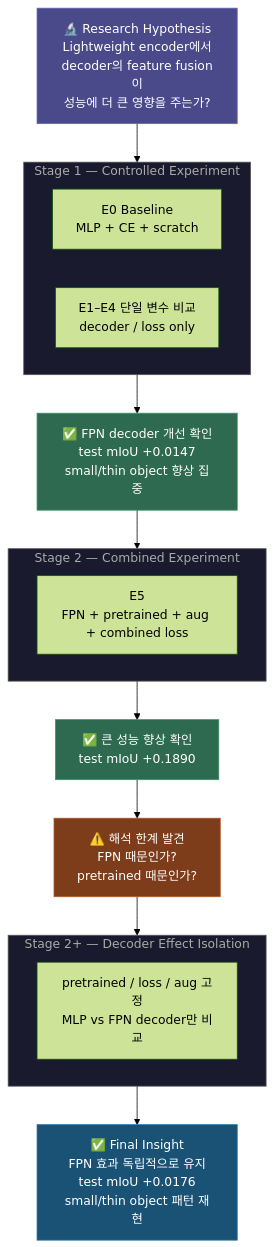
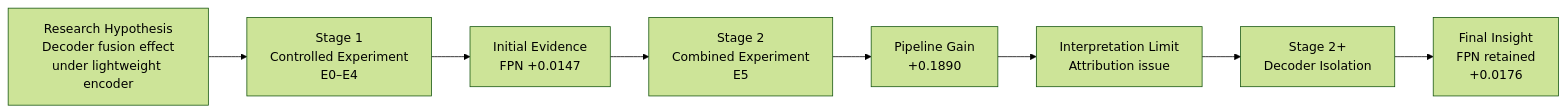
Before and after one commit to iNES-Segmentation-Project/segformer-lab: the diagram in README.md, drawn with Mermaid (forest theme). The commit also changed other lines of this file, not shown here.

````diff
--- a/README.md
+++ b/README.md
@@ -46,42 +13,13 @@
 ```mermaid
-flowchart TD
-    A["🔬 Research Hypothesis\nLightweight encoder에서\ndecoder의 feature fusion이\n성능에 더 큰 영향을 주는가?"]
+flowchart LR
+    A["Research Hypothesis<br/>Decoder fusion effect<br/>under lightweight encoder"]
+    B["Stage 1<br/>Controlled Experiment<br/>E0–E4"]
+    C["Initial Evidence<br/>FPN +0.0147"]
+    D["Stage 2<br/>Combined Experiment<br/>E5"]
+    E["Pipeline Gain<br/>+0.1890"]
+    F["Interpretation Limit<br/>Attribution issue"]
+    G["Stage 2+<br/>Decoder Isolation"]
+    H["Final Insight<br/>FPN retained<br/>+0.0176"]
 
-    subgraph S1["Stage 1 — Controlled Experiment"]
-        B["E0 Baseline\nMLP + CE + scratch"]
-        C["E1–E4 단일 변수 비교\ndecoder / loss only"]
-    end
-
-    D["✅ FPN decoder 개선 확인\ntest mIoU +0.0147\nsmall/thin object 향상 집중"]
-
-    subgraph S2["Stage 2 — Combined Experiment"]
-        E["E5\nFPN + pretrained + aug + combined loss"]
-    end
-
-    F["✅ 큰 성능 향상 확인\ntest mIoU +0.1890"]
-
-    G["⚠️ 해석 한계 발견\nFPN 때문인가?\npretrained 때문인가?"]
-
-    subgraph S2P["Stage 2+ — Decoder Effect Isolation"]
-        H["pretrained / loss / aug 고정\nMLP vs FPN decoder만 비교"]
-    end
-
-    I["✅ Final Insight\nFPN 효과 독립적으로 유지\ntest mIoU +0.0176\nsmall/thin object 패턴 재현"]
-
-    A --> S1
-    S1 --> D
-    D --> S2
-    S2 --> F
-    F --> G
-    G --> S2P
-    S2P --> I
-
-    style A fill:#4A4A8A,color:#fff,stroke:#6666bb
-    style D fill:#2D6A4F,color:#fff,stroke:#40916c
-    style F fill:#2D6A4F,color:#fff,stroke:#40916c
-    style G fill:#7D3C1A,color:#fff,stroke:#b35a2a
-    style I fill:#1A5276,color:#fff,stroke:#2874a6
-    style S1 fill:#1a1a2e,color:#aaa,stroke:#555
-    style S2 fill:#1a1a2e,color:#aaa,stroke:#555
-    style S2P fill:#1a1a2e,color:#aaa,stroke:#555
+    A --> B --> C --> D --> E --> F --> G --> H
 ```
````
